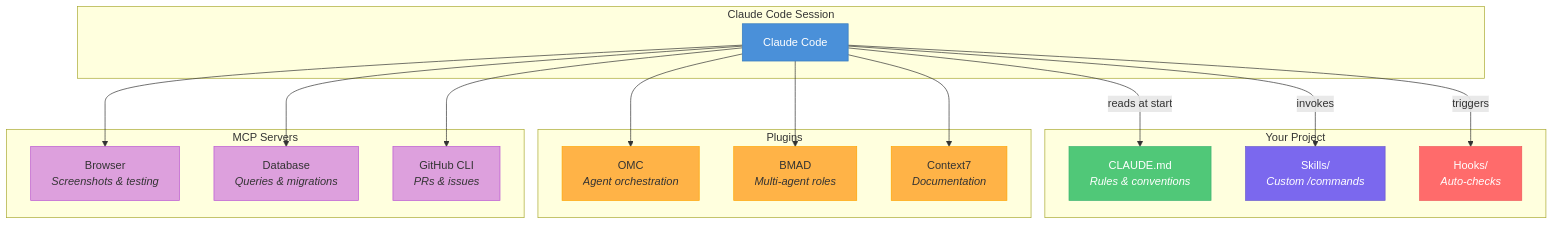
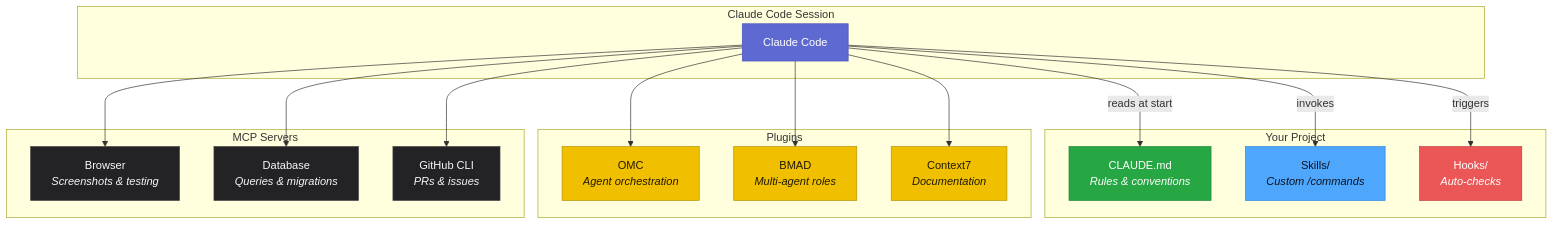
Before and after one commit to ao92265/claude-code-playbook: the second of 9 diagrams in README.md, drawn with Mermaid. The commit also changed other lines of this file and 2 other files, not shown here.

First line of the commit message:
docs: visual upgrade — branded hero, unified diagram design system (#14)

````diff
--- a/README.md
+++ b/README.md
@@ -93,45 +97,47 @@
 ```mermaid
 graph TB
     subgraph "Your Project"
         CM["CLAUDE.md<br/><em>Rules & conventions</em>"]
         SK["Skills/<br/><em>Custom /commands</em>"]
         HK["Hooks/<br/><em>Auto-checks</em>"]
     end
 
     subgraph "Claude Code Session"
         CC["Claude Code"]
         CC -->|"reads at start"| CM
         CC -->|"invokes"| SK
         CC -->|"triggers"| HK
     end
 
     subgraph "Plugins"
         OMC["OMC<br/><em>Agent orchestration</em>"]
         BMAD["BMAD<br/><em>Multi-agent roles</em>"]
         C7["Context7<br/><em>Documentation</em>"]
     end
 
     subgraph "MCP Servers"
         BR["Browser<br/><em>Screenshots & testing</em>"]
         DB["Database<br/><em>Queries & migrations</em>"]
         GH["GitHub CLI<br/><em>PRs & issues</em>"]
     end
 
     CC --> OMC
     CC --> BMAD
     CC --> C7
     CC --> BR
     CC --> DB
     CC --> GH
 
-    style CC fill:#4A90D9,stroke:#357ABD,color:#fff
-    style CM fill:#50C878,stroke:#3CB371,color:#fff
-    style SK fill:#7B68EE,stroke:#6A5ACD,color:#fff
-    style HK fill:#FF6B6B,stroke:#EE5A5A,color:#fff
-    style OMC fill:#FFB347,stroke:#FFA500,color:#333
-    style BMAD fill:#FFB347,stroke:#FFA500,color:#333
-    style C7 fill:#FFB347,stroke:#FFA500,color:#333
-    style BR fill:#DDA0DD,stroke:#BA55D3,color:#333
-    style DB fill:#DDA0DD,stroke:#BA55D3,color:#333
-    style GH fill:#DDA0DD,stroke:#BA55D3,color:#333
+    classDef primary fill:#5E6AD2,stroke:#4653B8,color:#FFFFFF
+    classDef info fill:#4EA7FC,stroke:#2E86D9,color:#0B1220
+    classDef success fill:#27A644,stroke:#1F8737,color:#FFFFFF
+    classDef danger fill:#EB5757,stroke:#C43D3D,color:#FFFFFF
+    classDef warn fill:#F0BF00,stroke:#B89200,color:#221A00
+    classDef dark fill:#232326,stroke:#3E3E44,color:#F7F8F8
+    class CC primary
+    class CM success
+    class SK info
+    class HK danger
+    class OMC,BMAD,C7 warn
+    class BR,DB,GH dark
 ```
````
